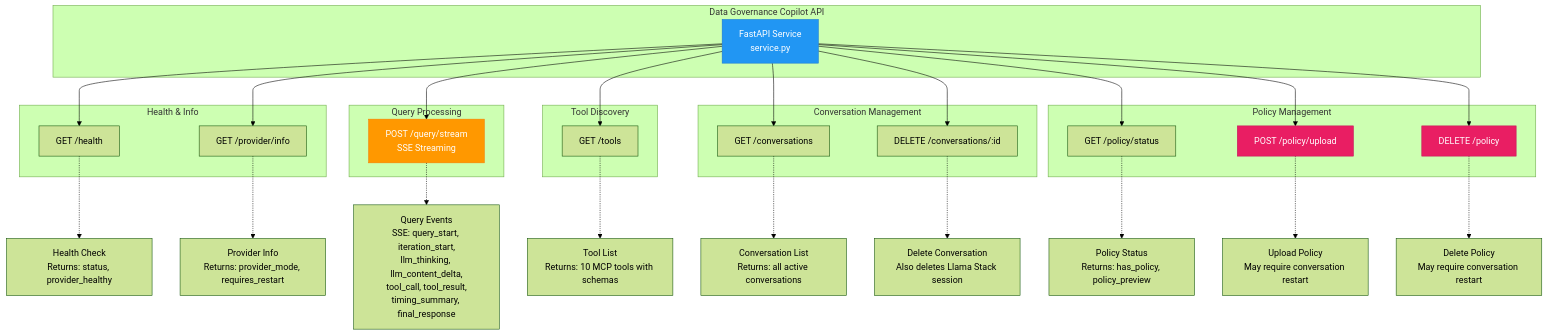
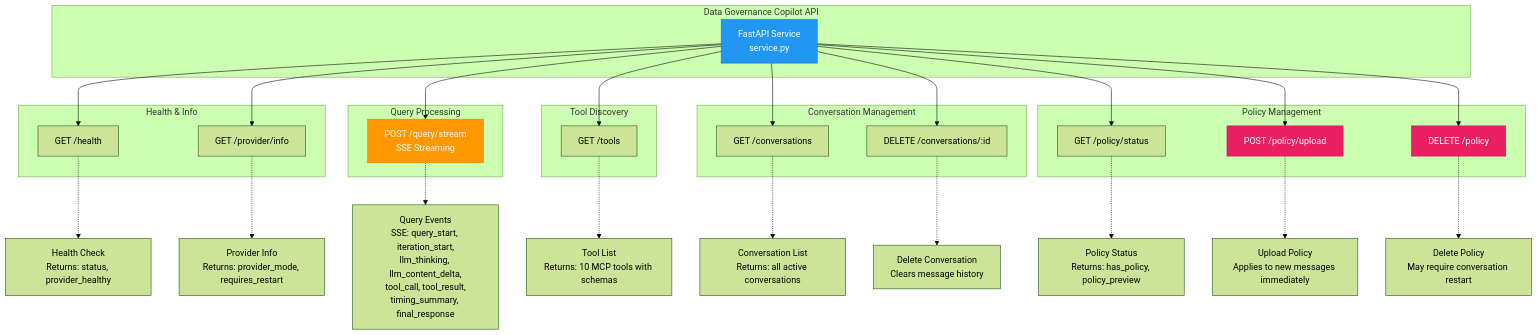
Before and after one commit to rh-ai-quickstart/data-governance-co-pilot: the first of 6 diagrams in docs/API_DIAGRAM.md, drawn with Mermaid (forest theme). The commit also changed other lines of this file and 33 other files, not shown here.

Commit message:
Remove MinIO; pin pg-airman-mcp to v1.0.0; make cluster builds reproducible; configurable GPU tolerations; drop Llama Stack from docs

````diff
--- a/docs/API_DIAGRAM.md
+++ b/docs/API_DIAGRAM.md
@@ -5,59 +5,59 @@
 ```mermaid
 graph TB
     subgraph "Data Governance Copilot API"
         API[FastAPI Service<br/>service.py]
     end
 
     subgraph "Health & Info"
         H1[GET /health]
         H2[GET /provider/info]
     end
 
     subgraph "Query Processing"
         Q1[POST /query/stream<br/>SSE Streaming]
     end
 
     subgraph "Tool Discovery"
         T1[GET /tools]
     end
 
     subgraph "Conversation Management"
         C1[GET /conversations]
         C2[DELETE /conversations/:id]
     end
 
     subgraph "Policy Management"
         P1[GET /policy/status]
         P2[POST /policy/upload]
         P3[DELETE /policy]
     end
 
     API --> H1
     API --> H2
     API --> Q1
     API --> T1
     API --> C1
     API --> C2
     API --> P1
     API --> P2
     API --> P3
 
     H1 -.-> HC[Health Check<br/>Returns: status, provider_healthy]
     H2 -.-> PI[Provider Info<br/>Returns: provider_mode, requires_restart]
 
     Q1 -.-> QE[Query Events<br/>SSE: query_start, iteration_start,<br/>llm_thinking, llm_content_delta,<br/>tool_call, tool_result,<br/>timing_summary, final_response]
 
     T1 -.-> TL[Tool List<br/>Returns: 10 MCP tools with schemas]
 
     C1 -.-> CL[Conversation List<br/>Returns: all active conversations]
-    C2 -.-> CD[Delete Conversation<br/>Also deletes Llama Stack session]
+    C2 -.-> CD[Delete Conversation<br/>Clears message history]
 
     P1 -.-> PS[Policy Status<br/>Returns: has_policy, policy_preview]
-    P2 -.-> PU[Upload Policy<br/>May require conversation restart]
+    P2 -.-> PU[Upload Policy<br/>Applies to new messages immediately]
     P3 -.-> PD[Delete Policy<br/>May require conversation restart]
 
     style API fill:#2196F3,stroke:#1976D2,color:#fff
     style Q1 fill:#FF9800,stroke:#F57C00,color:#fff
     style P2 fill:#E91E63,stroke:#C2185B,color:#fff
     style P3 fill:#E91E63,stroke:#C2185B,color:#fff
 ```
````
